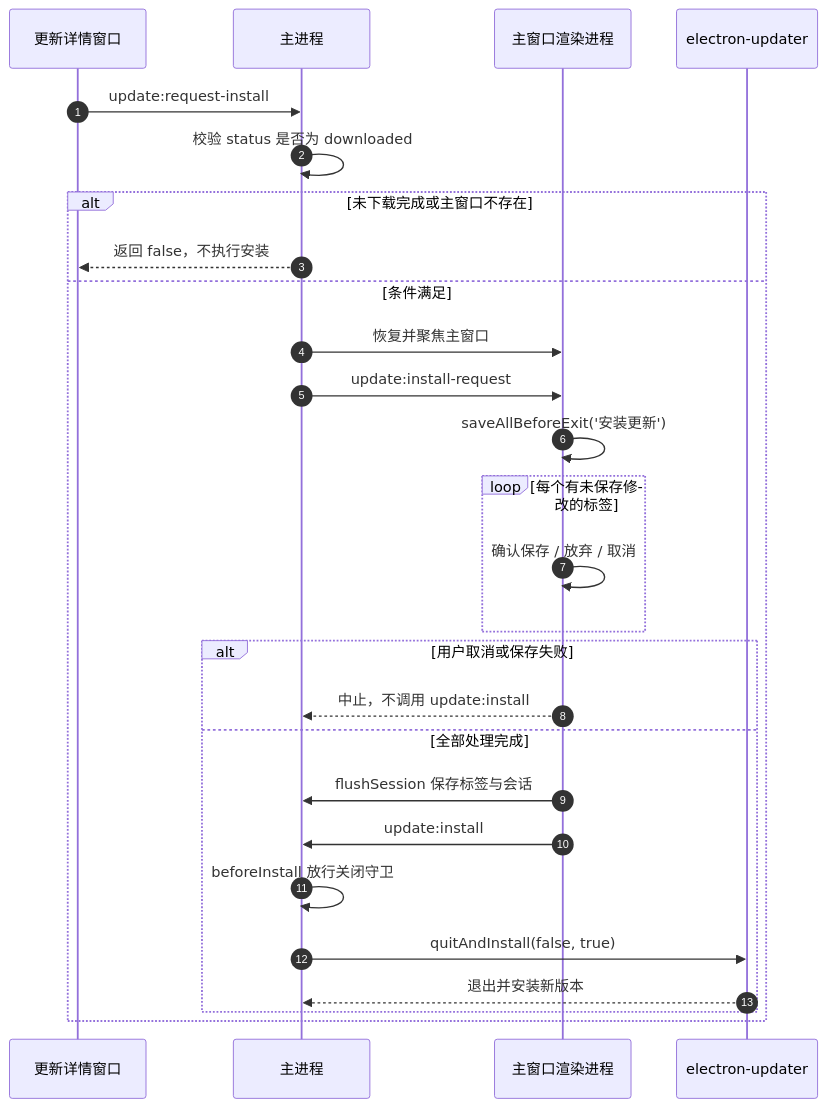
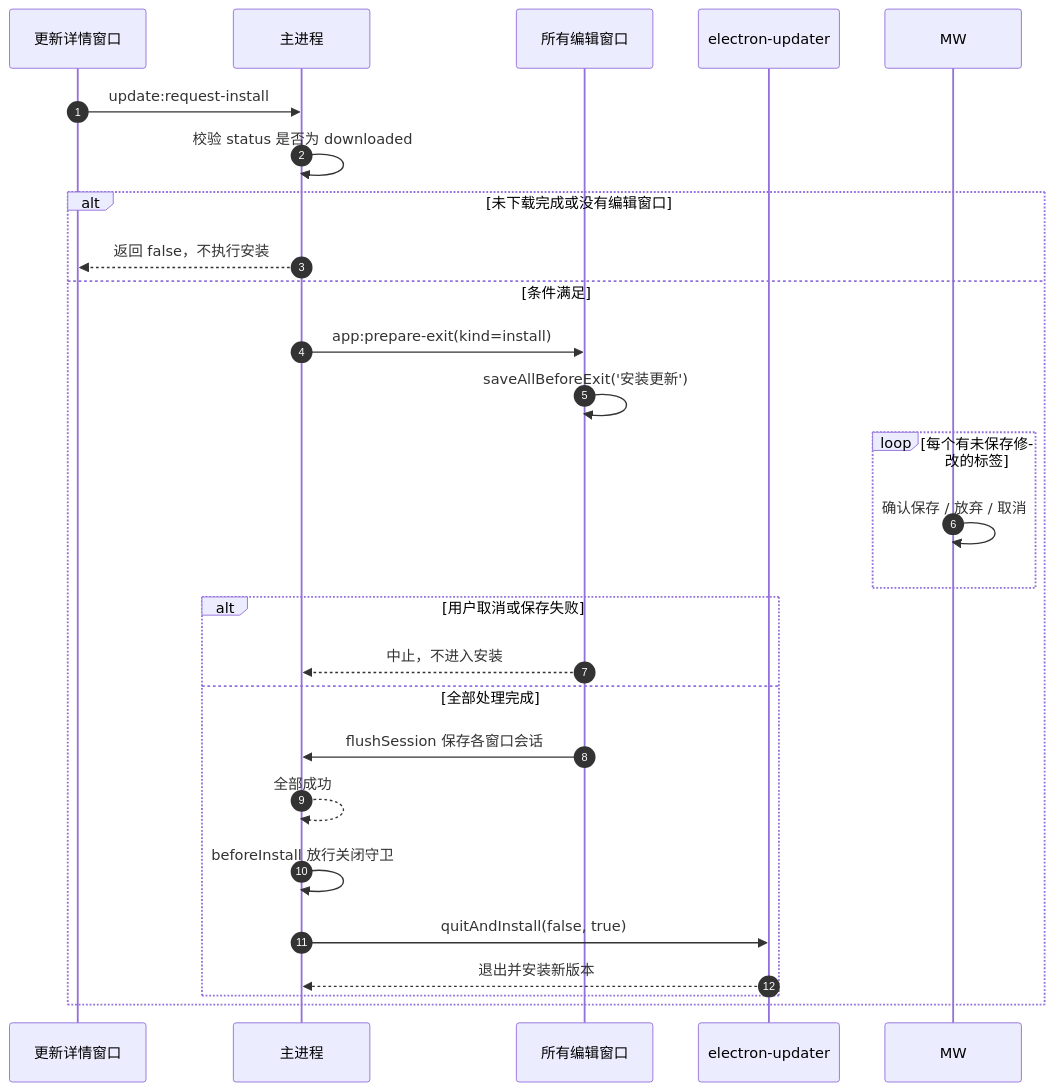
The third of 3 diagrams in docs/自动更新.md (Harley-xk/mark-it), drawn with Mermaid before and after one commit. The commit also changed other lines of this file and 47 other files, not shown here.

````diff
--- a/docs/自动更新.md
+++ b/docs/自动更新.md
@@ -239,30 +239,29 @@
 ```mermaid
 sequenceDiagram
     autonumber
     participant UW as 更新详情窗口
     participant MP as 主进程
-    participant MW as 主窗口渲染进程
+  participant EW as 所有编辑窗口
     participant UP as electron-updater
 
     UW->>MP: update:request-install
     MP->>MP: 校验 status 是否为 downloaded
-    alt 未下载完成或主窗口不存在
+    alt 未下载完成或没有编辑窗口
         MP-->>UW: 返回 false，不执行安装
     else 条件满足
-        MP->>MW: 恢复并聚焦主窗口
-        MP->>MW: update:install-request
-        MW->>MW: saveAllBeforeExit('安装更新')
+        MP->>EW: app:prepare-exit(kind=install)
+        EW->>EW: saveAllBeforeExit('安装更新')
         loop 每个有未保存修改的标签
             MW->>MW: 确认保存 / 放弃 / 取消
         end
         alt 用户取消或保存失败
-            MW-->>MP: 中止，不调用 update:install
+            EW-->>MP: 中止，不进入安装
         else 全部处理完成
-            MW->>MP: flushSession 保存标签与会话
-            MW->>MP: update:install
+            EW->>MP: flushSession 保存各窗口会话
+            MP-->>MP: 全部成功
             MP->>MP: beforeInstall 放行关闭守卫
             MP->>UP: quitAndInstall(false, true)
             UP-->>MP: 退出并安装新版本
         end
     end
 ```
````
